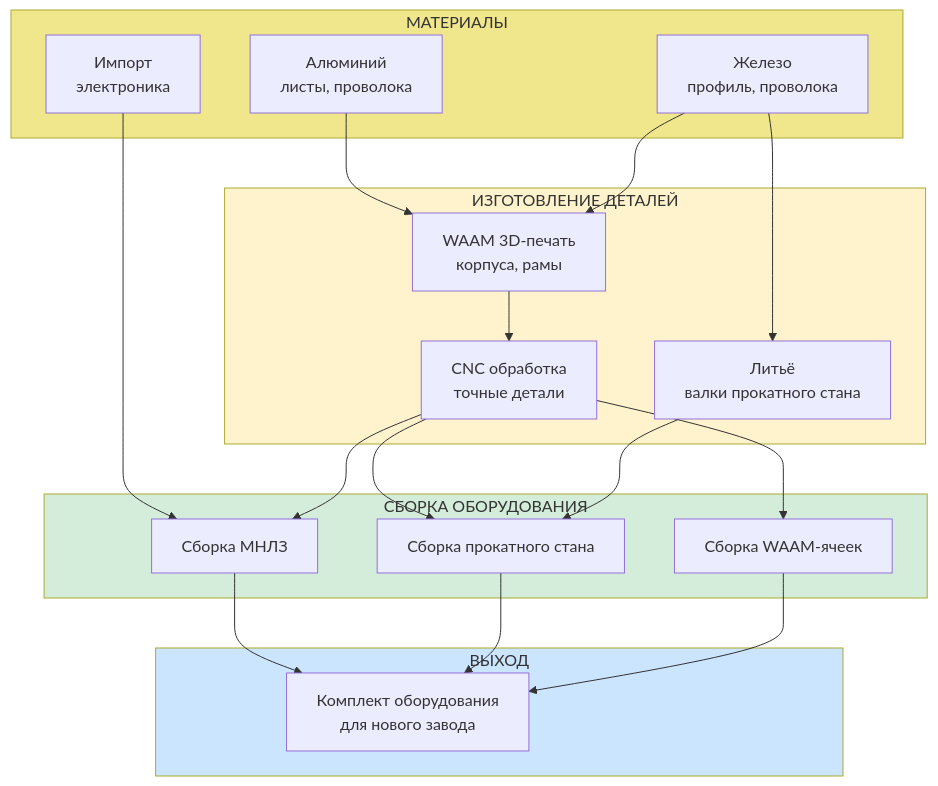
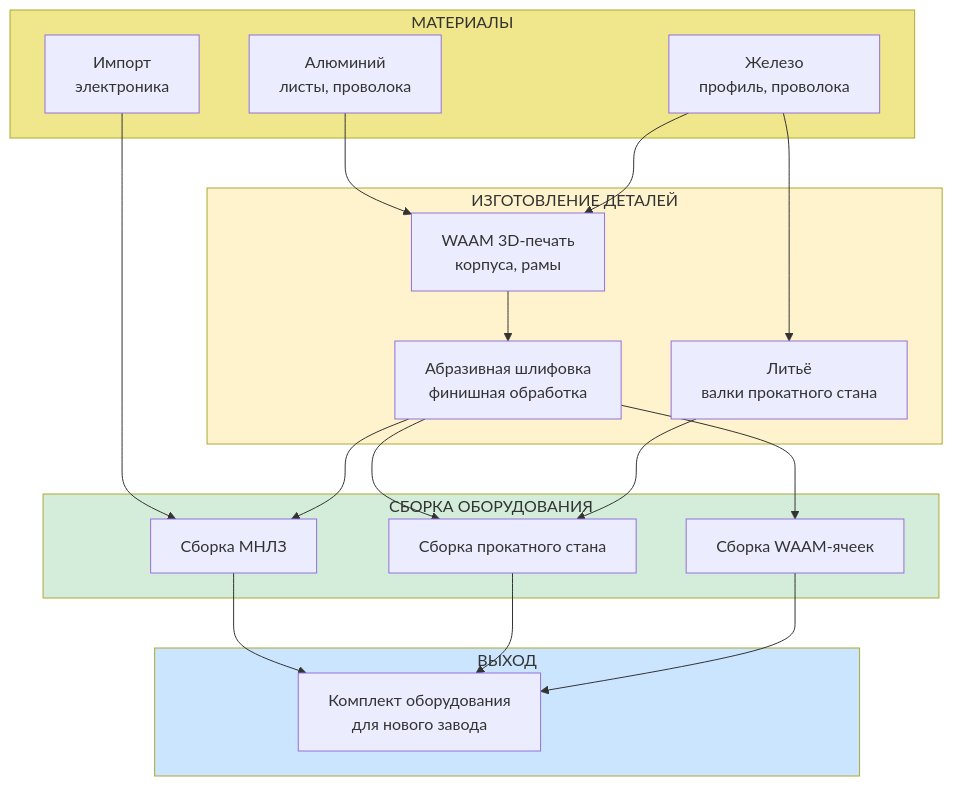
The diagram in ru/science/detailed/production/factories/assembly/equipment.qmd (DmitryNasikanov/infinite-energy), drawn with Mermaid before and after one commit. The commit also changed other lines of this file and 39 other files, not shown here.

````diff
--- a/ru/science/detailed/production/factories/assembly/equipment.qmd
+++ b/ru/science/detailed/production/factories/assembly/equipment.qmd
@@ -39,42 +39,42 @@
 ```{mermaid}
 flowchart TD
     subgraph INPUT["МАТЕРИАЛЫ"]
         AL["Алюминий<br/>листы, проволока"]
         FE["Железо<br/>профиль, проволока"]
         IMPORT["Импорт<br/>электроника"]
     end
 
     subgraph FABRICATION["ИЗГОТОВЛЕНИЕ ДЕТАЛЕЙ"]
         WAAM["WAAM 3D-печать<br/>корпуса, рамы"]
-        CNC["CNC обработка<br/>точные детали"]
+        GRIND["Абразивная шлифовка<br/>финишная обработка"]
         CASTING["Литьё<br/>валки прокатного стана"]
     end
 
     subgraph ASSEMBLY["СБОРКА ОБОРУДОВАНИЯ"]
         MNLZ_ASM["Сборка МНЛЗ"]
         MILL_ASM["Сборка прокатного стана"]
         ROBOT_ASM["Сборка WAAM-ячеек"]
     end
 
     subgraph OUTPUT["ВЫХОД"]
         EQUIPMENT["Комплект оборудования<br/>для нового завода"]
     end
 
     AL --> WAAM
     FE --> WAAM
     FE --> CASTING
     IMPORT --> MNLZ_ASM
-    WAAM --> CNC
-    CNC --> MNLZ_ASM
-    CNC --> MILL_ASM
-    CNC --> ROBOT_ASM
+    WAAM --> GRIND
+    GRIND --> MNLZ_ASM
+    GRIND --> MILL_ASM
+    GRIND --> ROBOT_ASM
     CASTING --> MILL_ASM
     MNLZ_ASM --> EQUIPMENT
     MILL_ASM --> EQUIPMENT
     ROBOT_ASM --> EQUIPMENT
 
     style INPUT fill:#f0e68c
     style FABRICATION fill:#fff3cd
     style ASSEMBLY fill:#d4edda
     style OUTPUT fill:#cce5ff
 ```
````
